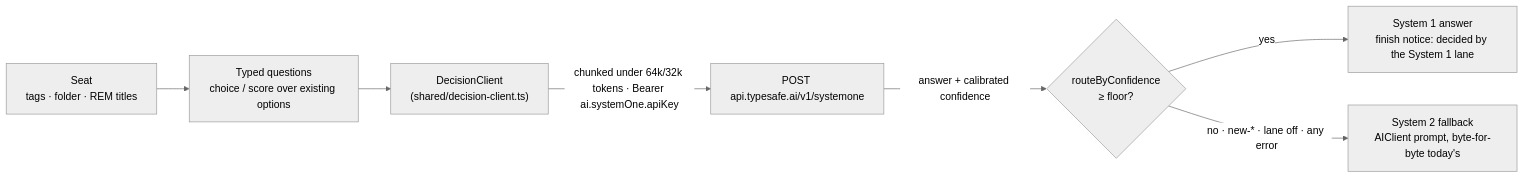
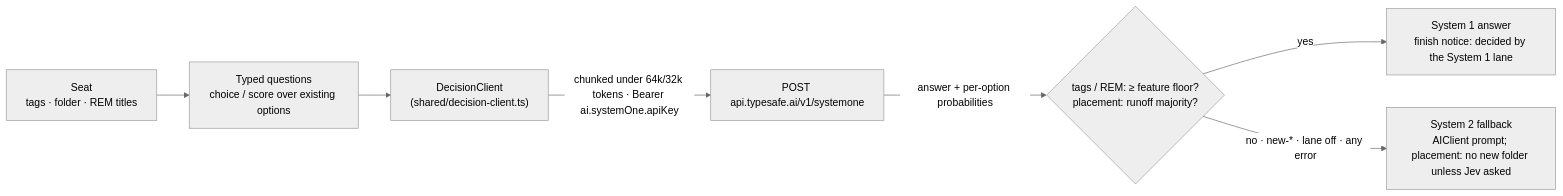
One commit to dustinkeeton/obsidian-synapse changed diagram 13 of 13 in ARCHITECTURE.md. Above: the diagram before and after it, drawn with Mermaid (neutral theme). The commit also changed other lines of this file and 3 other files, not shown here.

First line of the commit message:
docs: record the placement runoff rule and per-feature threshold semantics

````diff
--- a/ARCHITECTURE.md
+++ b/ARCHITECTURE.md
@@ -1053,9 +1053,9 @@
 ```mermaid
 graph LR
     Seat["Seat<br/>tags · folder · REM titles"] --> Q["Typed questions<br/>choice / score over existing options"]
     Q --> DC["DecisionClient<br/>(shared/decision-client.ts)"]
     DC -->|"chunked under 64k/32k tokens · Bearer ai.systemOne.apiKey"| Jev["POST api.typesafe.ai/v1/systemone"]
-    Jev -->|"answer + calibrated confidence"| R{"routeByConfidence<br/>≥ floor?"}
+    Jev -->|"answer + per-option probabilities"| R{"tags / REM: ≥ feature floor?<br/>placement: runoff majority?"}
     R -->|yes| S1["System 1 answer<br/>finish notice: decided by the System 1 lane"]
-    R -->|"no · new-* · lane off · any error"| S2["System 2 fallback<br/>AIClient prompt, byte-for-byte today's"]
+    R -->|"no · new-* · lane off · any error"| S2["System 2 fallback<br/>AIClient prompt; placement: no new folder unless Jev asked"]
 ```
````
